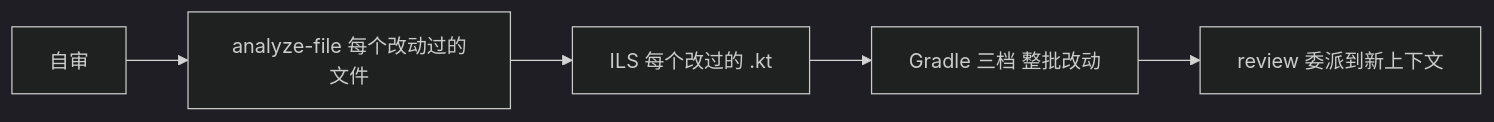
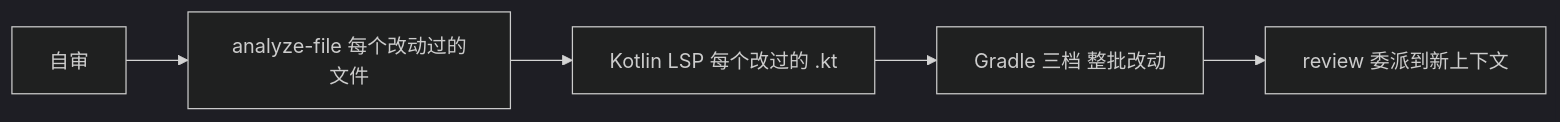
The diagram in docs/agents-cn/10-分析细则.md (imknown/AndroidLowLevelDetector), drawn with Mermaid (dark theme) before and after one commit. The commit also changed other lines of this file, not shown here.

````diff
--- a/docs/agents-cn/10-分析细则.md
+++ b/docs/agents-cn/10-分析细则.md
@@ -34,7 +40,7 @@
 ```mermaid
 flowchart LR
     A[自审] --> B[analyze-file 每个改动过的文件]
-    B --> C[ILS 每个改过的 .kt]
+    B --> C[Kotlin LSP 每个改过的 .kt]
     C --> D[Gradle 三档 整批改动]
     D --> E[review 委派到新上下文]
 ```
````
